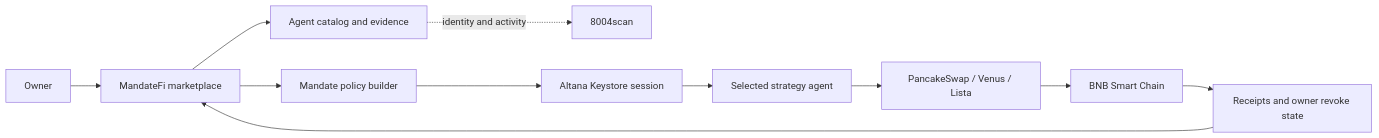
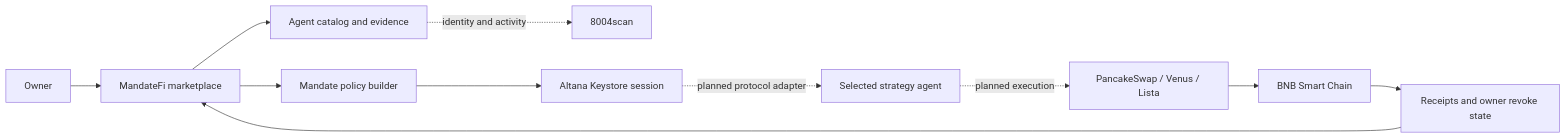
Before and after one commit to FeeeeelixWong/mandatefi: the diagram in README.md, drawn with Mermaid. The commit also changed other lines of this file and 14 other files, not shown here.

````diff
--- a/README.md
+++ b/README.md
@@ -44,13 +47,13 @@
 ```mermaid
 flowchart LR
   U["Owner"] --> M["MandateFi marketplace"]
   M --> C["Agent catalog and evidence"]
   C -. "identity and activity" .-> E["8004scan"]
   M --> P["Mandate policy builder"]
   P --> K["Altana Keystore session"]
-  K --> A["Selected strategy agent"]
-  A --> D["PancakeSwap / Venus / Lista"]
+  K -. "planned protocol adapter" .-> A["Selected strategy agent"]
+  A -. "planned execution" .-> D["PancakeSwap / Venus / Lista"]
   D --> B["BNB Smart Chain"]
   B --> R["Receipts and owner revoke state"]
   R --> M
 ```
````
